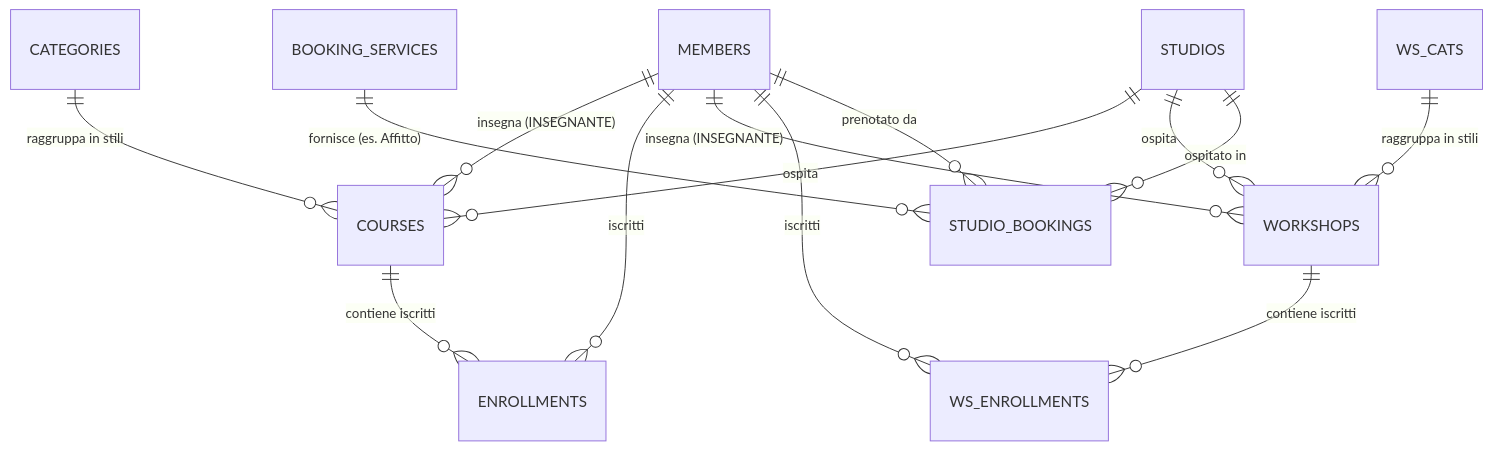
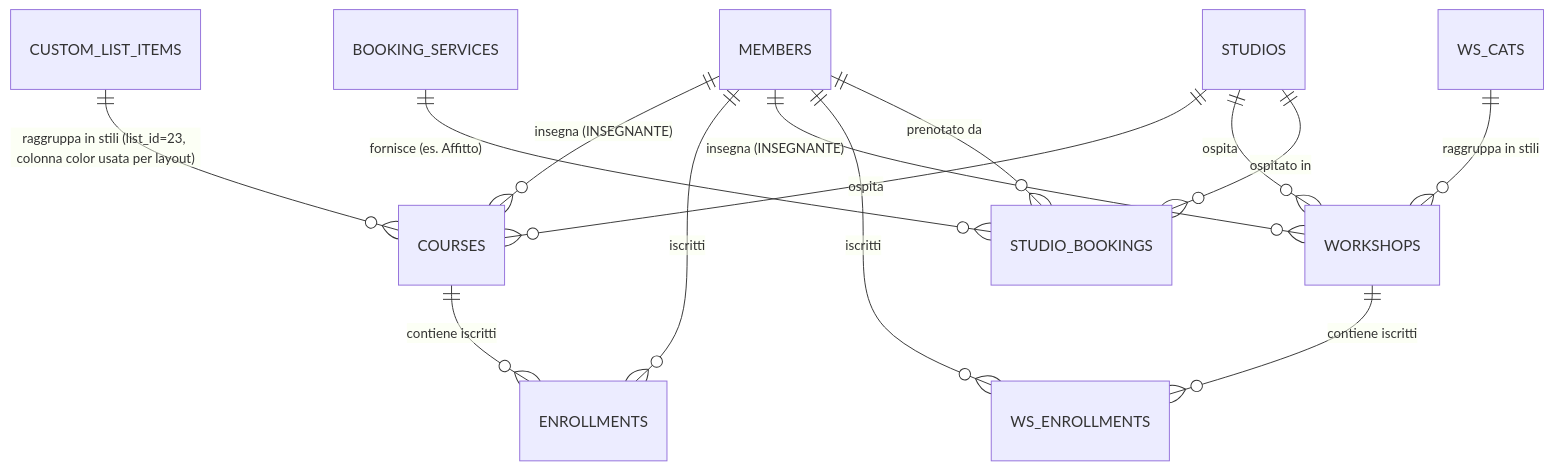
Before and after one commit to ago-debug/stargem-gae: the second of 3 diagrams in _GAE_SVILUPPO/attuale/01_Architettura_e_Database_Core.md, drawn with Mermaid. The commit also changed other lines of this file and 3 other files, not shown here.

Commit message:
[AG-F1-054] Aggiornamento documentazione per stato protocollo 054 e migrazione STI

````diff
--- a/_GAE_SVILUPPO/attuale/01_Architettura_e_Database_Core.md
+++ b/_GAE_SVILUPPO/attuale/01_Architettura_e_Database_Core.md
@@ -136,21 +136,21 @@
 ```mermaid
 erDiagram
-    %% Esempio 1: CORSI
-    CATEGORIES ||--o{ COURSES : "raggruppa in stili"
+    %% Esempio 1: CORSI (Migrati a STI + Custom List)
+    CUSTOM_LIST_ITEMS ||--o{ COURSES : "raggruppa in stili (list_id=23, colonna color usata per layout)"
     STUDIOS ||--o{ COURSES : "ospita"
     MEMBERS ||--o{ COURSES : "insegna (INSEGNANTE)"
     MEMBERS ||--o{ ENROLLMENTS : "iscritti"
     COURSES ||--o{ ENROLLMENTS : "contiene iscritti"
     
     %% Esempio 2: WORKSHOP
     WS_CATS ||--o{ WORKSHOPS : "raggruppa in stili"
     STUDIOS ||--o{ WORKSHOPS : "ospita"
     MEMBERS ||--o{ WORKSHOPS : "insegna (INSEGNANTE)"
     MEMBERS ||--o{ WS_ENROLLMENTS : "iscritti"
     WORKSHOPS ||--o{ WS_ENROLLMENTS : "contiene iscritti"
 
     %% EXTRA
     BOOKING_SERVICES ||--o{ STUDIO_BOOKINGS : "fornisce (es. Affitto)"
     STUDIOS ||--o{ STUDIO_BOOKINGS : "ospitato in"
     MEMBERS ||--o{ STUDIO_BOOKINGS : "prenotato da"
 ```
````
